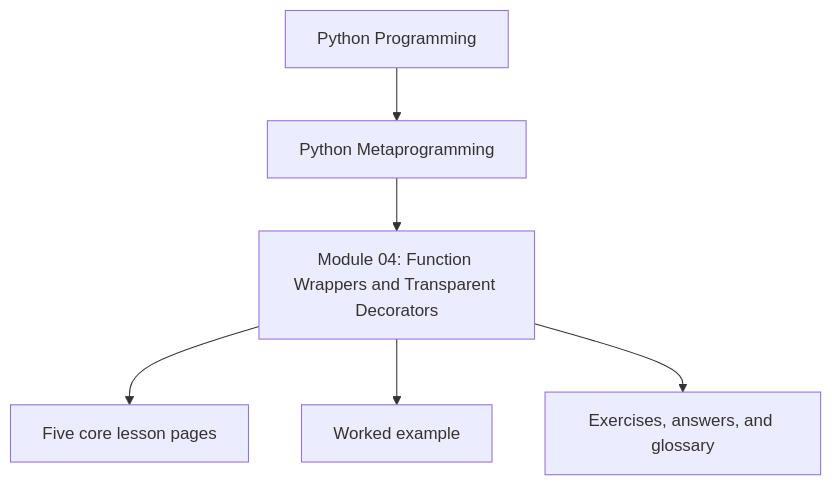
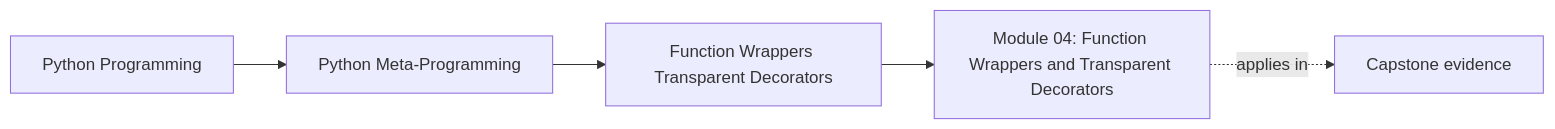
One commit to bijux/bijux-masterclass changed the first of 2 diagrams in programs/python-programming/python-meta-programming/course-book/module-04-function-wrappers-transparent-decorators/index.md. Above: the diagram before and after it, drawn with Mermaid. The commit also changed other lines of this file and 55 other files, not shown here.

Commit message:
docs(python-meta-programming): map runtime foundations and inspection routes

````diff
--- a/programs/python-programming/python-meta-programming/course-book/module-04-function-wrappers-transparent-decorators/index.md
+++ b/programs/python-programming/python-meta-programming/course-book/module-04-function-wrappers-transparent-decorators/index.md
@@ -6,8 +6,11 @@
 ```mermaid
-flowchart TD
-  family["Python Programming"] --> program["Python Metaprogramming"]
-  program --> module["Module 04: Function Wrappers and Transparent Decorators"]
-  module --> cores["Five core lesson pages"]
-  module --> example["Worked example"]
-  module --> practice["Exercises, answers, and glossary"]
+graph LR
+  family["Python Programming"]
+  program["Python Meta-Programming"]
+  section["Function Wrappers Transparent Decorators"]
+  page["Module 04: Function Wrappers and Transparent Decorators"]
+  capstone["Capstone evidence"]
+
+  family --> program --> section --> page
+  page -.applies in.-> capstone
 ```
````
